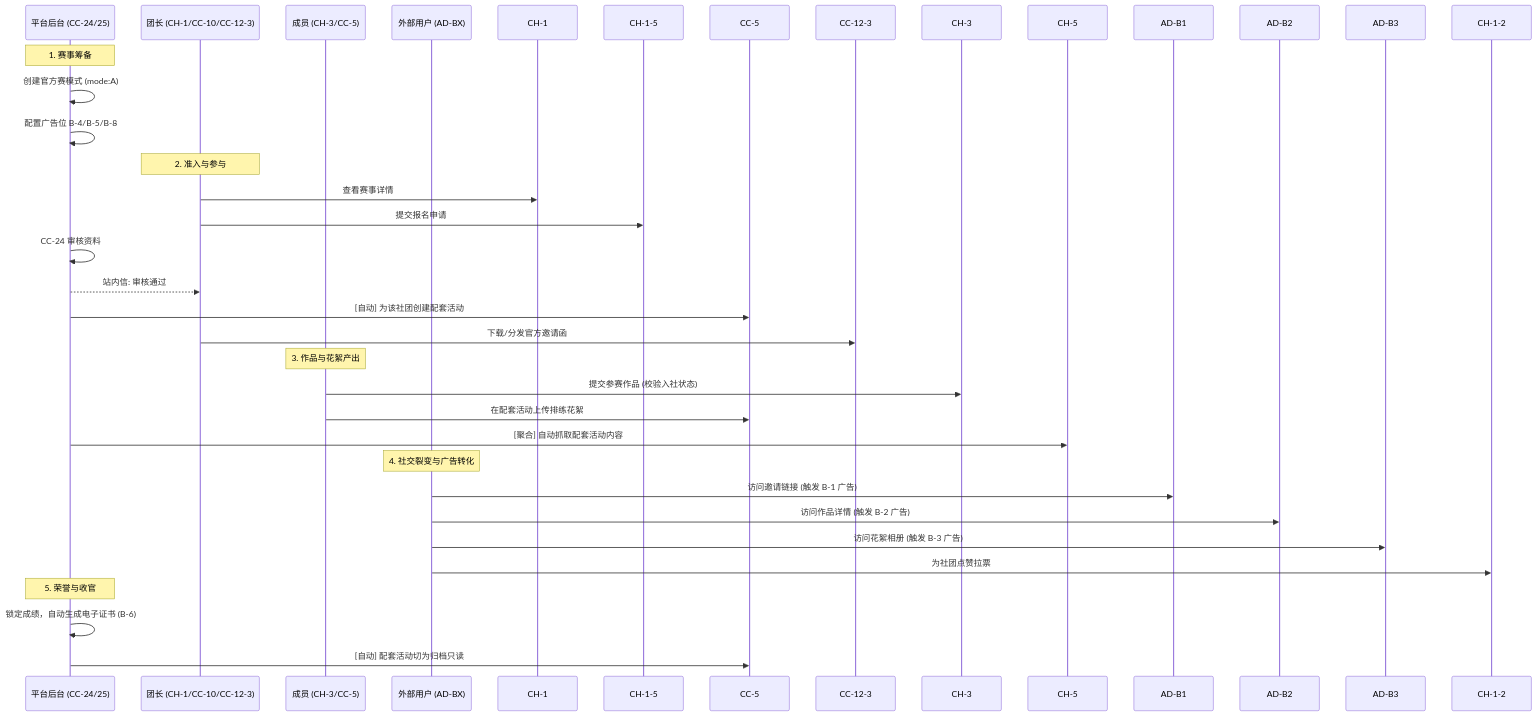
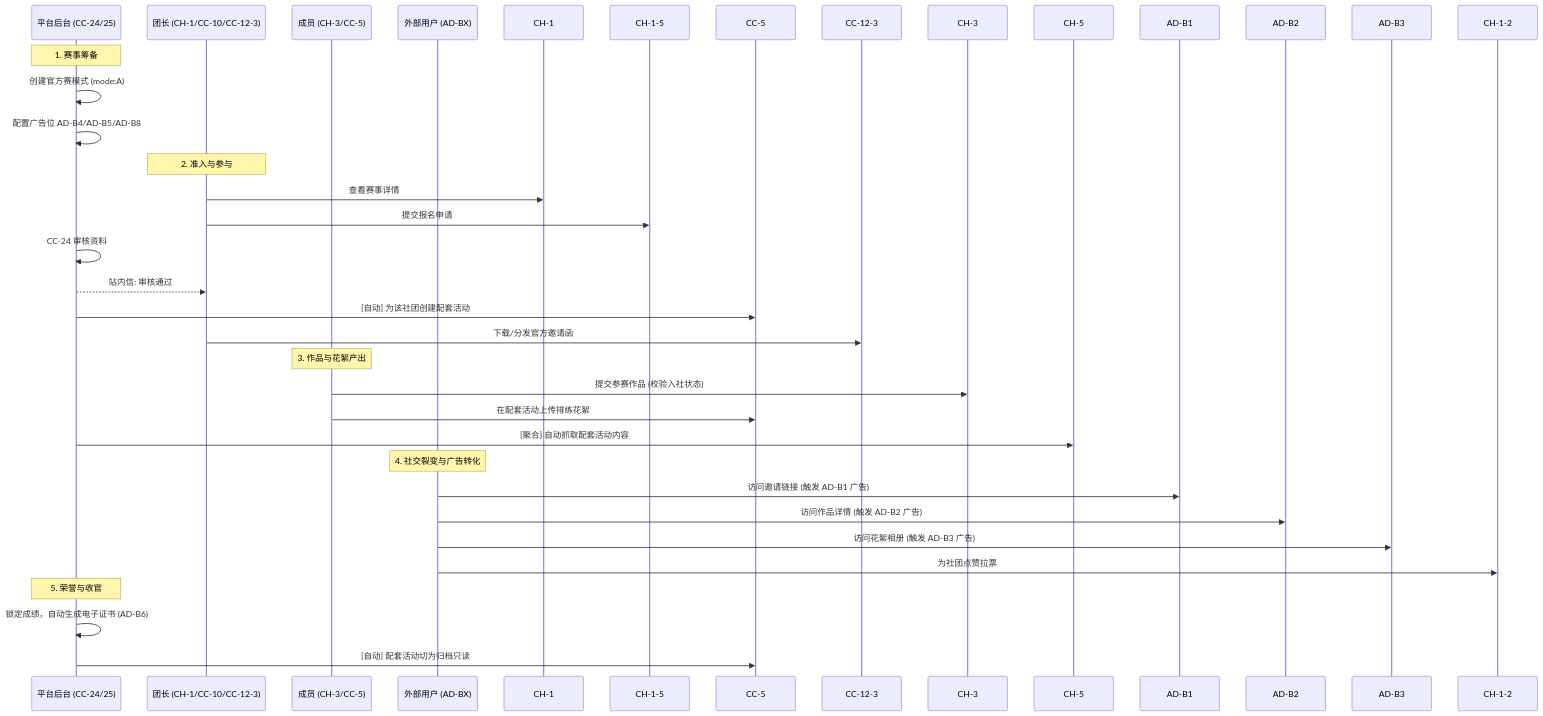
One commit to farasun/AI-PRD-Lecai changed the first of 4 diagrams in drafts/v1.4/flow-framework.md. Above: the diagram before and after it, drawn with Mermaid. The commit also changed other lines of this file and 34 other files, not shown here.

````diff
--- a/drafts/v1.4/flow-framework.md
+++ b/drafts/v1.4/flow-framework.md
@@ -15,34 +15,34 @@
 ```mermaid
 sequenceDiagram
     participant S as 平台后台 (CC-24/25)
     participant B as 团长 (CH-1/CC-10/CC-12-3)
     participant C as 成员 (CH-3/CC-5)
     participant E as 外部用户 (AD-BX)
 
     Note over S: 1. 赛事筹备
     S->>S: 创建官方赛模式 (mode:A)
-    S->>S: 配置广告位 B-4/B-5/B-8
+    S->>S: 配置广告位 AD-B4/AD-B5/AD-B8
 
     Note over B: 2. 准入与参与
     B->>CH-1: 查看赛事详情
     B->>CH-1-5: 提交报名申请
     S->>S: CC-24 审核资料
     S-->>B: 站内信: 审核通过
     S->>CC-5: [自动] 为该社团创建配套活动
     B->>CC-12-3: 下载/分发官方邀请函
 
     Note over C: 3. 作品与花絮产出
     C->>CH-3: 提交参赛作品 (校验入社状态)
     C->>CC-5: 在配套活动上传排练花絮
     S->>CH-5: [聚合] 自动抓取配套活动内容
 
     Note over E: 4. 社交裂变与广告转化
-    E->>AD-B1: 访问邀请链接 (触发 B-1 广告)
-    E->>AD-B2: 访问作品详情 (触发 B-2 广告)
-    E->>AD-B3: 访问花絮相册 (触发 B-3 广告)
+    E->>AD-B1: 访问邀请链接 (触发 AD-B1 广告)
+    E->>AD-B2: 访问作品详情 (触发 AD-B2 广告)
+    E->>AD-B3: 访问花絮相册 (触发 AD-B3 广告)
     E->>CH-1-2: 为社团点赞拉票
 
     Note over S: 5. 荣誉与收官
-    S->>S: 锁定成绩，自动生成电子证书 (B-6)
+    S->>S: 锁定成绩，自动生成电子证书 (AD-B6)
     S->>CC-5: [自动] 配套活动切为归档只读
 ```
````
